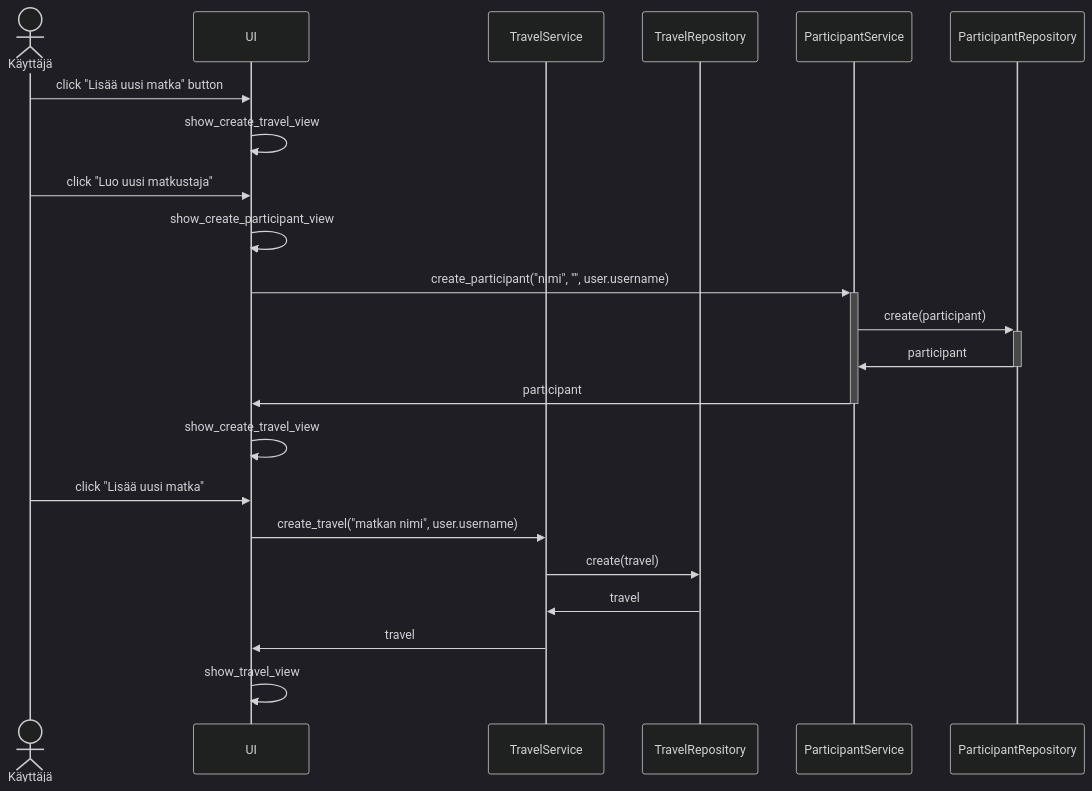
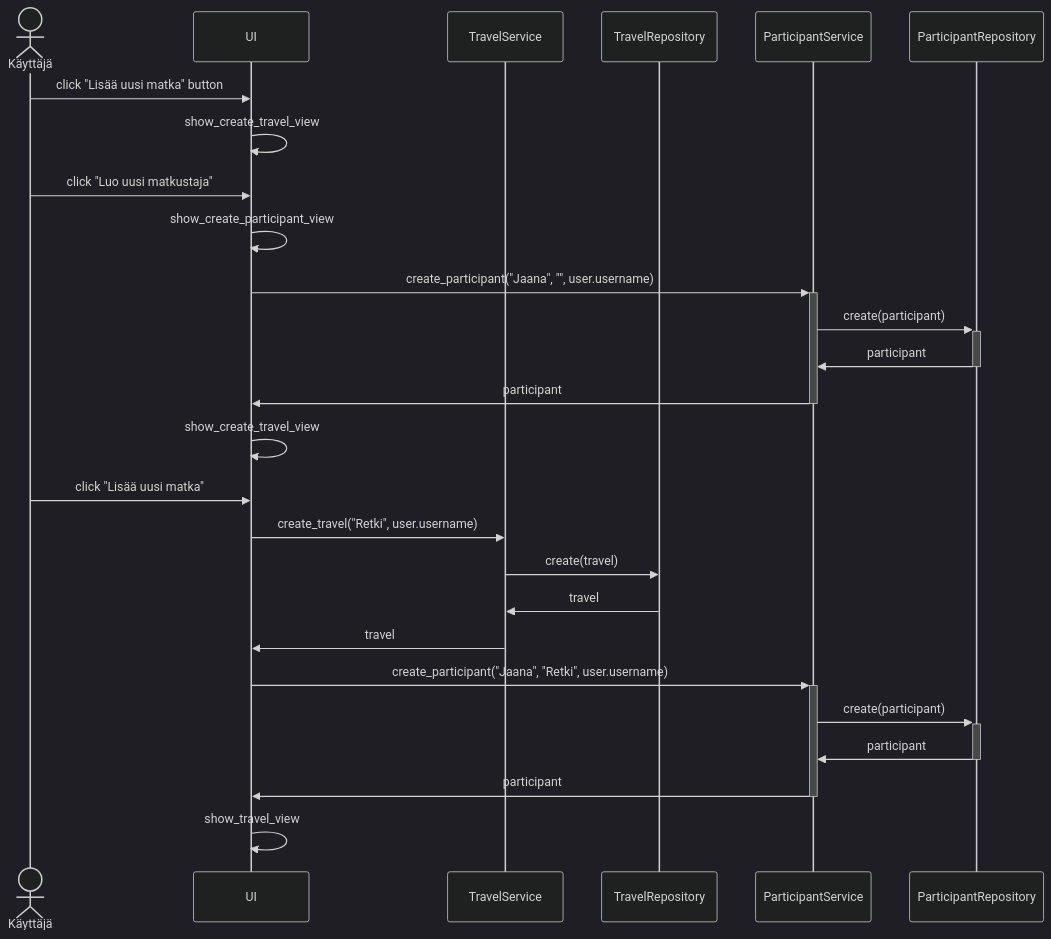
Before and after one commit to phuvio/ot-harjoitustyo: the second of 2 diagrams in travel-expense-calculator-app/dokumentaatio/arkkitehtuuri.md, drawn with Mermaid (dark theme). The commit also changed other lines of this file, not shown here.

````diff
--- a/travel-expense-calculator-app/dokumentaatio/arkkitehtuuri.md
+++ b/travel-expense-calculator-app/dokumentaatio/arkkitehtuuri.md
@@ -45,25 +45,29 @@
 ```mermaid
  sequenceDiagram
    Actor K as Käyttäjä
    participant U as UI
    participant T as TravelService
    participant TR as TravelRepository
    participant P as ParticipantService
    participant PR as ParticipantRepository
    K->>U: click "Lisää uusi matka" button
    U->>U: show_create_travel_view
    K->>U: click "Luo uusi matkustaja"
    U->>U: show_create_participant_view
-   U->>+P: create_participant("nimi", "", user.username)
+   U->>+P: create_participant("Jaana", "", user.username)
    P->>+PR: create(participant)
    PR->>-P: participant
    P->>-U: participant
    U->>U: show_create_travel_view
    K->>U: click "Lisää uusi matka"
-   U->>T: create_travel("matkan nimi", user.username)
+   U->>T: create_travel("Retki", user.username)
    T->>TR: create(travel)
    TR->>T: travel
    T->>U: travel
+   U->>+P: create_participant("Jaana", "Retki", user.username)
+   P->>+PR: create(participant)
+   PR->>-P: participant
+   P->>-U: participant
    U->>U: show_travel_view
 
 ```
````
